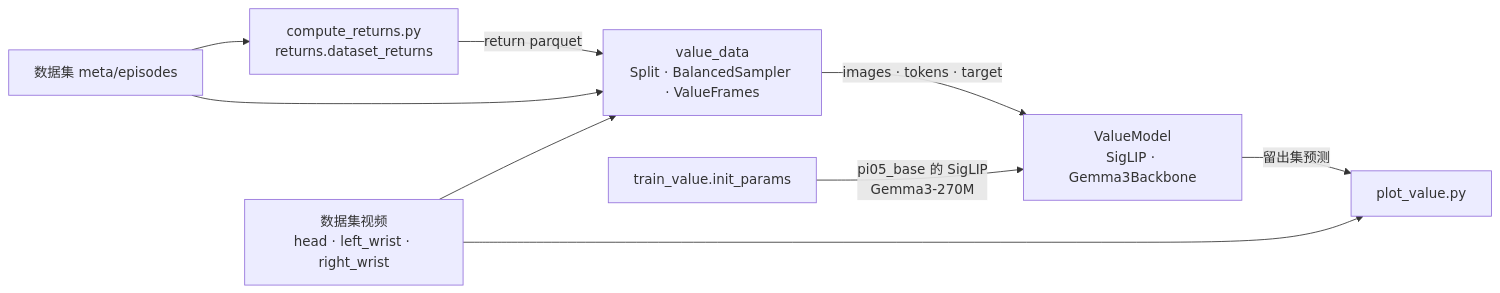
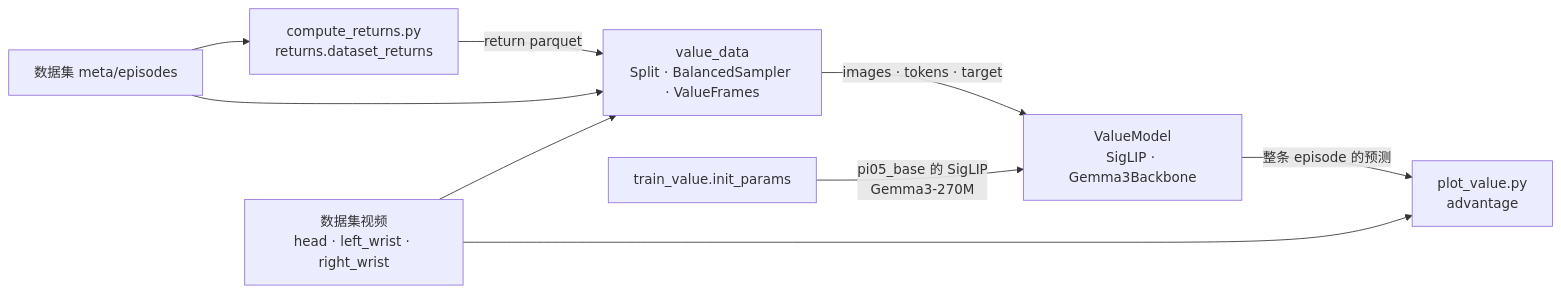
The third of 4 diagrams in docs/xense-openpi/codebase.md (AtticusZeller/vla-post-train), drawn with Mermaid before and after one commit. The commit also changed other lines of this file and 56 other files, not shown here.

````diff
--- a/docs/xense-openpi/codebase.md
+++ b/docs/xense-openpi/codebase.md
@@ -148,18 +157,18 @@
 ```mermaid
 flowchart LR
     META["数据集 meta/episodes"]
     VID["数据集视频<br/>head · left_wrist · right_wrist"]
     CR["compute_returns.py<br/>returns.dataset_returns"]
     VD["value_data<br/>Split · BalancedSampler · ValueFrames"]
     INIT["train_value.init_params"]
     VM["ValueModel<br/>SigLIP · Gemma3Backbone"]
-    PV["plot_value.py"]
+    PV["plot_value.py<br/>advantage"]
     META --> CR
     CR -- "return parquet" --> VD
     META --> VD
     VID --> VD
     VD -- "images · tokens · target" --> VM
     INIT -- "pi05_base 的 SigLIP<br/>Gemma3-270M" --> VM
-    VM -- "留出集预测" --> PV
+    VM -- "整条 episode 的预测" --> PV
     VID --> PV
 ```
````
